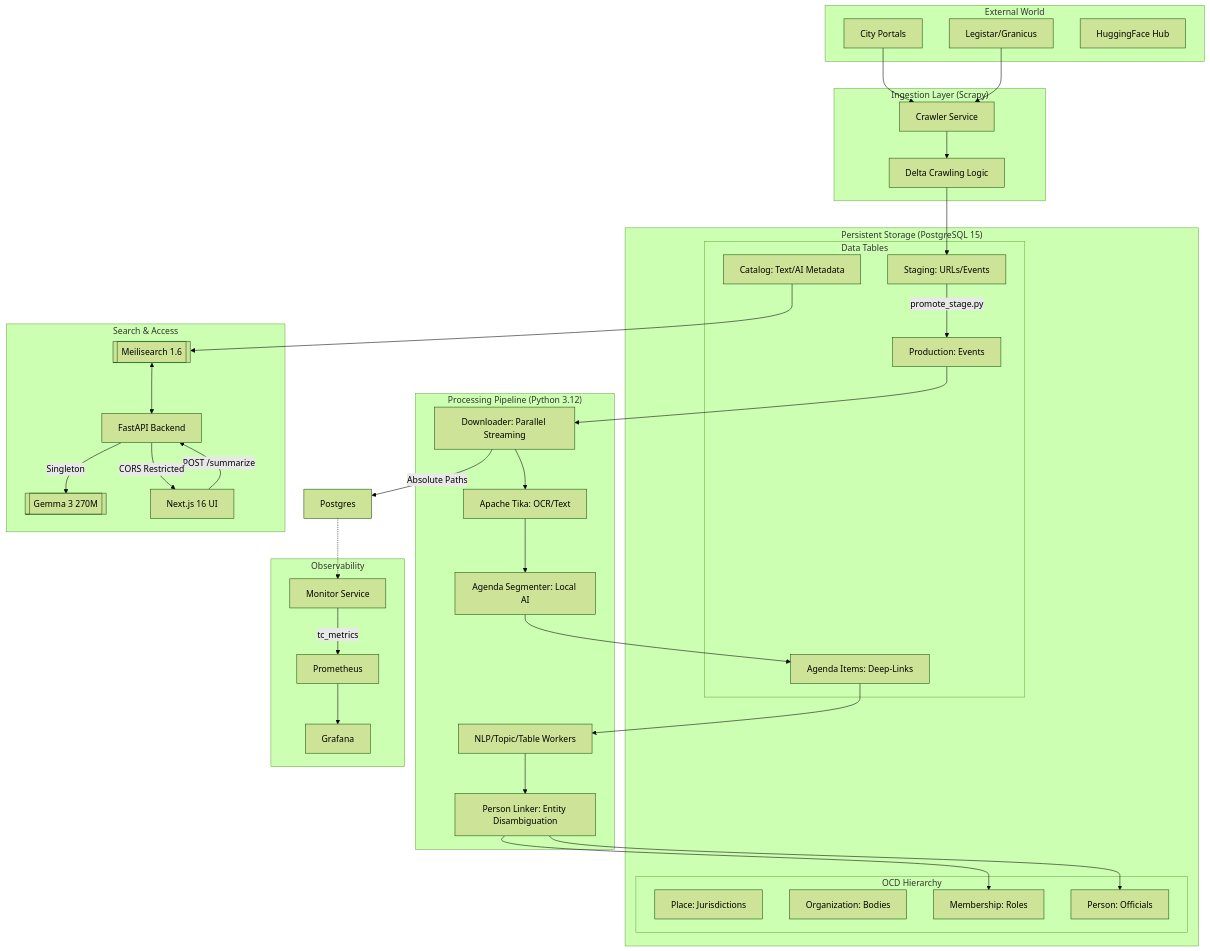
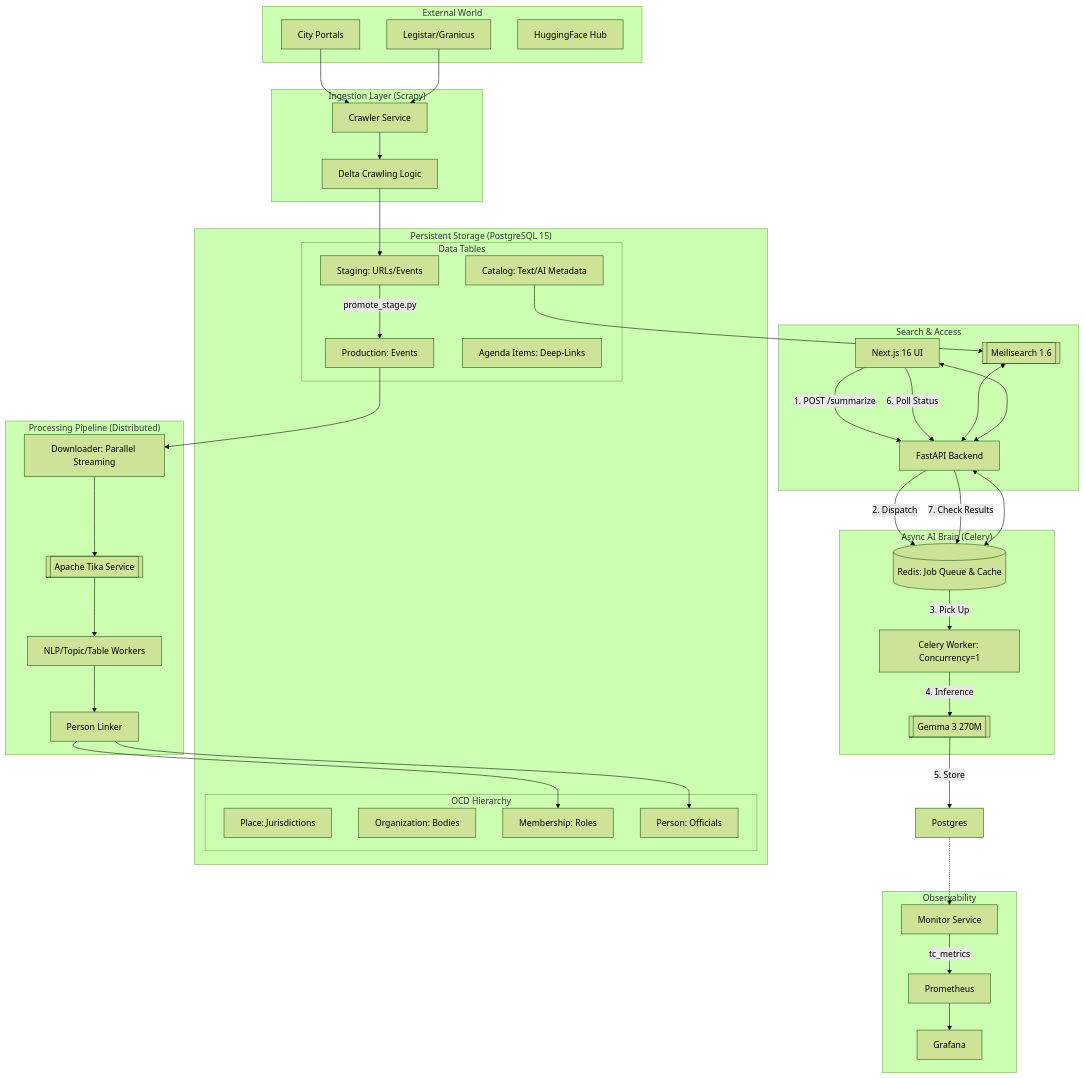
One commit to manumissio/town-council changed the diagram in ARCHITECTURE.md. Above: the diagram before and after it, drawn with Mermaid (forest theme).

Commit message:
Docs: Update architecture diagram to reflect distributed worker model and Redis

```diff
--- a/ARCHITECTURE.md
+++ b/ARCHITECTURE.md
@@ -32,18 +32,22 @@
         end
     end
 
-    subgraph "Processing Pipeline (Python 3.12)"
+    subgraph "Processing Pipeline (Distributed)"
         Downloader[Downloader: Parallel Streaming]
-        Tika[Apache Tika: OCR/Text]
-        Segmenter[Agenda Segmenter: Local AI]
-        Linker[Person Linker: Entity Disambiguation]
-        Workers[NLP/Topic/Table Workers]
+        Tika[[Apache Tika Service]]
+        Linker[Person Linker]
+        NLP[NLP/Topic/Table Workers]
+    end
+
+    subgraph "Async AI Brain (Celery)"
+        Redis[(Redis: Job Queue & Cache)]
+        Worker[Celery Worker: Concurrency=1]
+        LocalAI[[Gemma 3 270M]]
     end
 
     subgraph "Search & Access"
         Meili[[Meilisearch 1.6]]
         FastAPI[FastAPI Backend]
-        LocalAI[[Gemma 3 270M]]
         NextJS[Next.js 16 UI]
     end
 
@@ -61,20 +65,25 @@
 
     %% Flow: Processing
     Prod --> Downloader
-    Downloader -- "Absolute Paths" --> Postgres
     Downloader --> Tika
-    Tika --> Segmenter
-    Segmenter --> Items
-    Items --> Workers
-    Workers --> Linker
+    Tika --> NLP
+    NLP --> Linker
     Linker --> Mem & Person
 
-    %% Flow: Access & On-Demand AI
+    %% Flow: Async AI Logic
+    NextJS -- "1. POST /summarize" --> FastAPI
+    FastAPI -- "2. Dispatch" --> Redis
+    Redis -- "3. Pick Up" --> Worker
+    Worker -- "4. Inference" --> LocalAI
+    LocalAI -- "5. Store" --> Postgres
+    NextJS -- "6. Poll Status" --> FastAPI
+    FastAPI -- "7. Check Results" --> Redis
+
+    %% Flow: Search & Cache
     Cat --> Meili
     Meili <--> FastAPI
-    NextJS -- "POST /summarize" --> FastAPI
-    FastAPI -- "Singleton" --> LocalAI
-    FastAPI -- "CORS Restricted" --> NextJS
+    FastAPI <--> Redis
+    NextJS <--> FastAPI
 
     %% Flow: Metrics
     Postgres -.-> Mon
```
